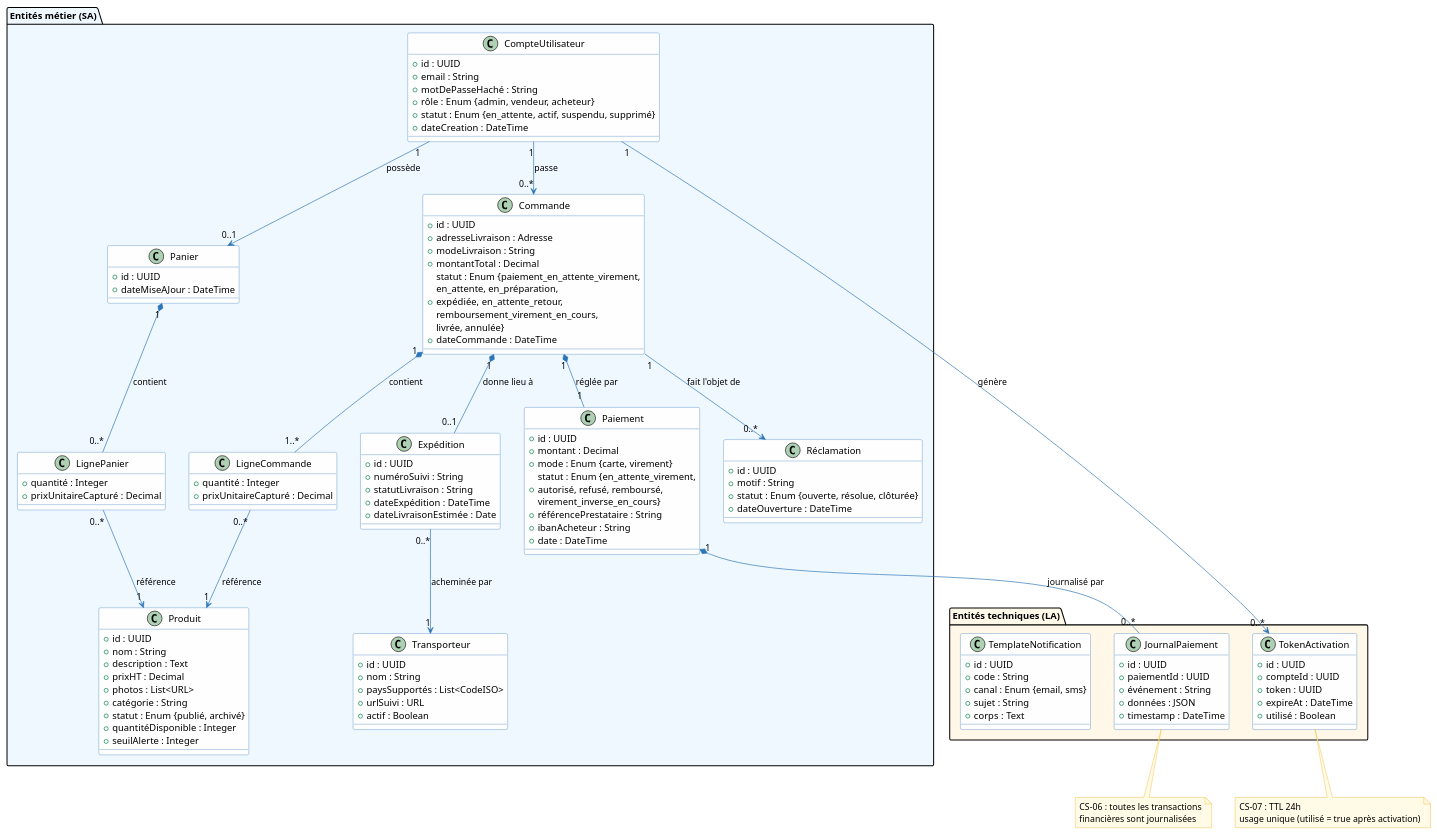
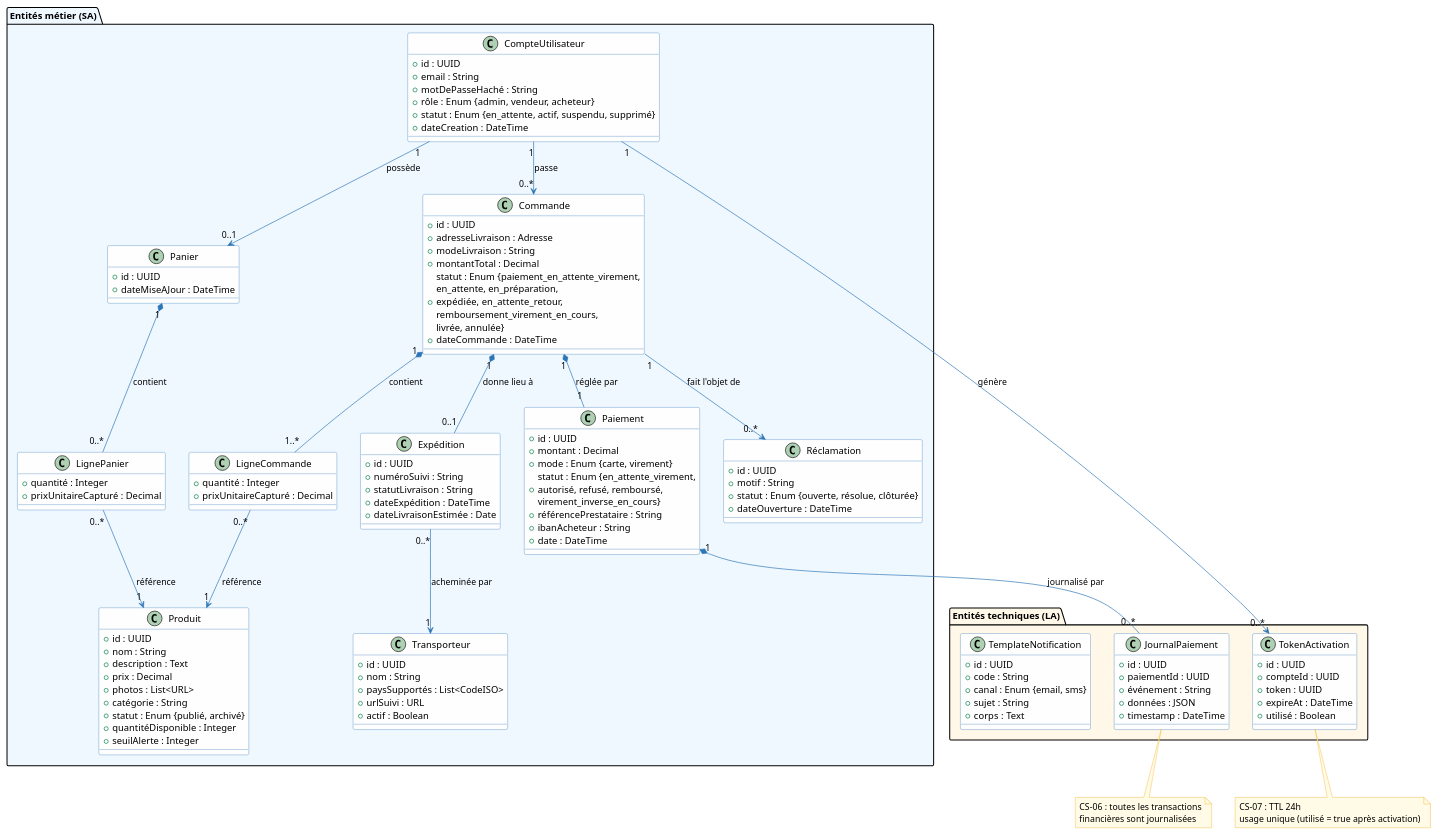
Before and after one commit to louistalvande/online_shop: the seventh of 7 diagrams in architecture/03-logical-architecture/la.adoc, drawn with PlantUML. The commit also changed 16 other files, not shown here.

```diff
--- a/architecture/03-logical-architecture/la.adoc
+++ b/architecture/03-logical-architecture/la.adoc
@@ -605,7 +605,7 @@
     + id : UUID
     + nom : String
     + description : Text
-    + prixHT : Decimal
+    + prix : Decimal
     + photos : List<URL>
     + catégorie : String
     + statut : Enum {publié, archivé}
```
